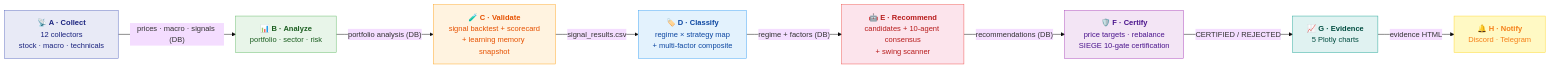
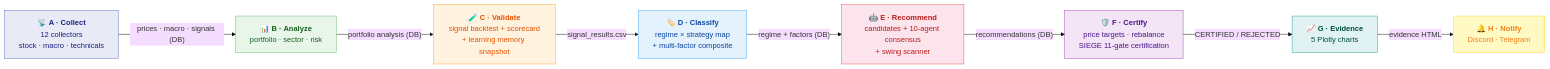
One commit to researcherhojin/nuri-quant changed the diagram in README.md. Above: the diagram before and after it, drawn with Mermaid (base theme). The commit also changed other lines of this file and 5 other files, not shown here.

First line of the commit message:
feat(engine): add SIEGE Gate 11 macro_event_alignment (#143) (#182)

````diff
--- a/README.md
+++ b/README.md
@@ -19,28 +19,28 @@
 ```mermaid
 graph LR
     A["📡 <b>A · Collect</b><br/>12 collectors<br/>stock · macro · technicals"]
     B["📊 <b>B · Analyze</b><br/>portfolio · sector · risk"]
     C["🧪 <b>C · Validate</b><br/>signal backtest + scorecard<br/>+ learning memory snapshot"]
     D["🏷️ <b>D · Classify</b><br/>regime × strategy map<br/>+ multi-factor composite"]
     E["🤖 <b>E · Recommend</b><br/>candidates + 10-agent consensus<br/>+ swing scanner"]
-    F["🛡️ <b>F · Certify</b><br/>price targets · rebalance<br/>SIEGE 10-gate certification"]
+    F["🛡️ <b>F · Certify</b><br/>price targets · rebalance<br/>SIEGE 11-gate certification"]
     G["📈 <b>G · Evidence</b><br/>5 Plotly charts"]
     H["🔔 <b>H · Notify</b><br/>Discord · Telegram"]
 
     A -->|"prices · macro · signals (DB)"| B
     B -->|"portfolio analysis (DB)"| C
     C -->|"signal_results.csv"| D
     D -->|"regime + factors (DB)"| E
     E -->|"recommendations (DB)"| F
     F -->|"CERTIFIED / REJECTED"| G
     G -->|"evidence HTML"| H
 
     style A fill:#e8eaf6,stroke:#5c6bc0,color:#1a237e
     style B fill:#e8f5e9,stroke:#66bb6a,color:#1b5e20
     style C fill:#fff3e0,stroke:#ffa726,color:#e65100
     style D fill:#e3f2fd,stroke:#42a5f5,color:#0d47a1
     style E fill:#fce4ec,stroke:#ef5350,color:#b71c1c
     style F fill:#f3e5f5,stroke:#ab47bc,color:#4a148c
     style G fill:#e0f2f1,stroke:#26a69a,color:#004d40
     style H fill:#fff9c4,stroke:#fdd835,color:#f57f17
 ```
````
